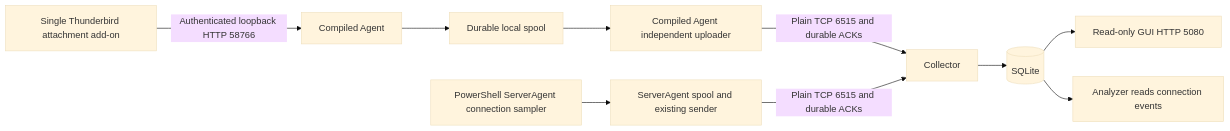
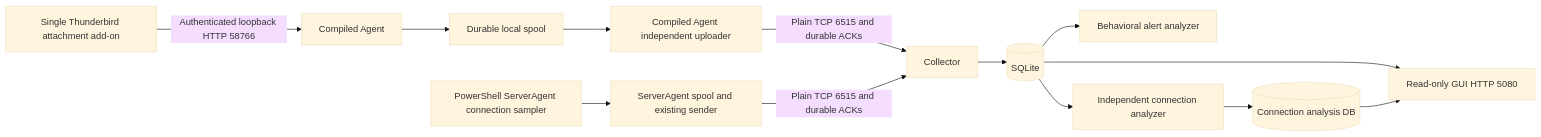
One commit to TEA-GD/Listener changed the diagram in SCHEME.md. Above: the diagram before and after it, drawn with Mermaid (base theme). The commit also changed other lines of this file and 35 other files, not shown here.

Commit message:
Add independent incoming/outgoing connection analysis and first-seen views

````diff
--- a/SCHEME.md
+++ b/SCHEME.md
@@ -7,12 +7,15 @@
 ```mermaid
 flowchart LR
     T[Single Thunderbird attachment add-on] -->|Authenticated loopback HTTP 58766| A[Compiled Agent]
     A --> S[Durable local spool]
     P[PowerShell ServerAgent connection sampler] --> PS[ServerAgent spool and existing sender]
     S --> U[Compiled Agent independent uploader]
     U -->|Plain TCP 6515 and durable ACKs| C[Collector]
     PS -->|Plain TCP 6515 and durable ACKs| C
     C --> D[(SQLite)]
     D --> G[Read-only GUI HTTP 5080]
-    D --> N[Analyzer reads connection events]
+    D --> N[Behavioral alert analyzer]
+    D --> CA[Independent connection analyzer]
+    CA --> AD[(Connection analysis DB)]
+    AD --> G
 ```
````
